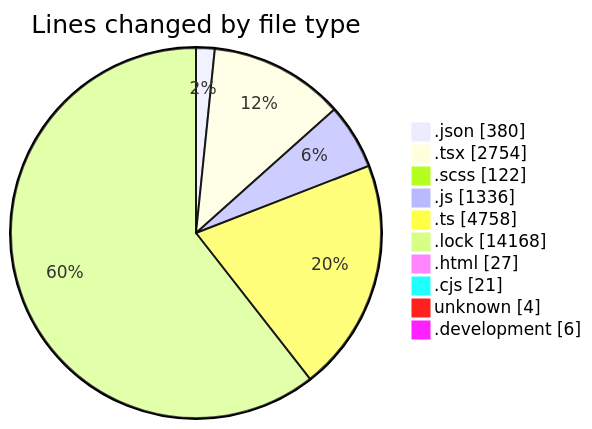
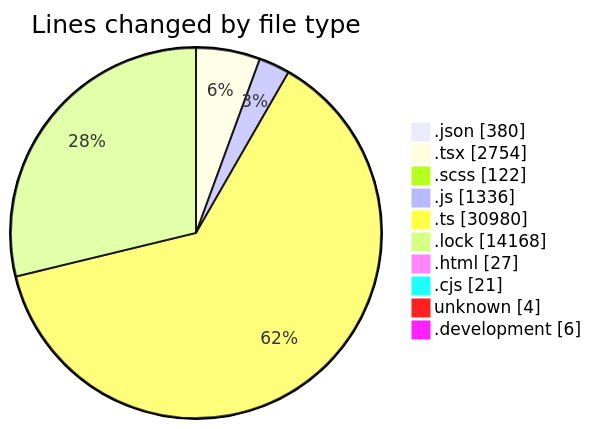
The first of 2 diagrams in 2026-09-03/cda/README.md (momahboobian/code-tracking), drawn with Mermaid before and after one commit. The commit also changed other lines of this file and 1 other file, not shown here.

````diff
--- a/2026-09-03/cda/README.md
+++ b/2026-09-03/cda/README.md
@@ -63,14 +64,14 @@
 ```mermaid
 pie showData
 title Lines changed by file type
 ".json" : 380
 ".tsx" : 2754
 ".scss" : 122
 ".js" : 1336
-".ts" : 4758
+".ts" : 30980
 ".lock" : 14168
 ".html" : 27
 ".cjs" : 21
 "unknown" : 4
 ".development" : 6
 ```
````
